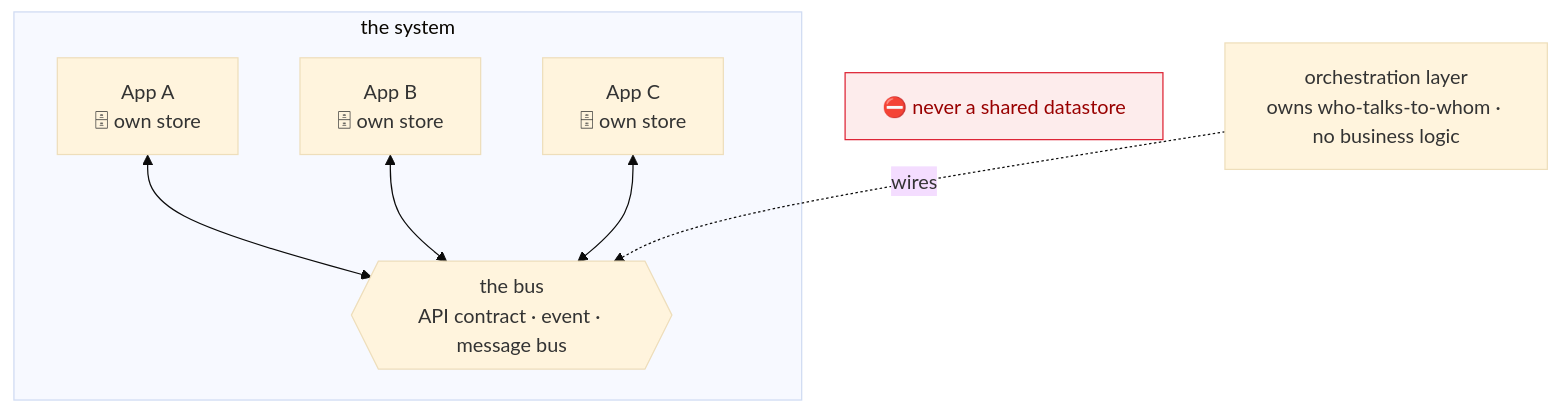
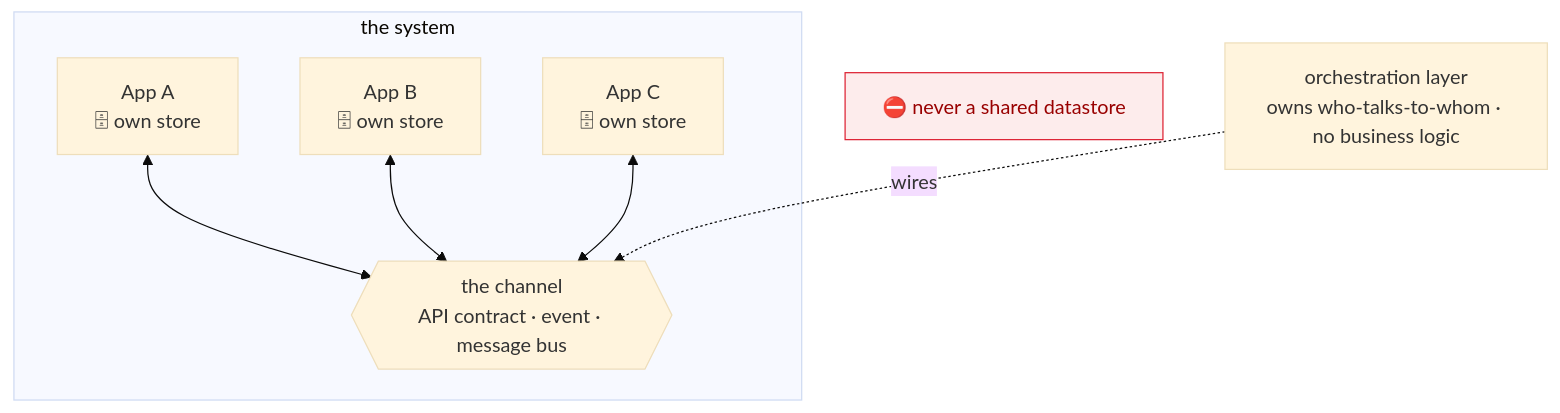
The diagram in SYSTEM.md (throw-if-null/coral), drawn with Mermaid (base theme) before and after one commit. The commit also changed other lines of this file and 33 other files, not shown here.

First line of the commit message:
Rename horizontal to crosscut, and bus to channel

````diff
--- a/SYSTEM.md
+++ b/SYSTEM.md
@@ -30,16 +30,16 @@
 ```mermaid
 flowchart TB
   subgraph SYS["the system"]
     A["App A<br/>🗄 own store"]
     B["App B<br/>🗄 own store"]
     D["App C<br/>🗄 own store"]
-    BUS{{"the bus<br/>API contract · event · message bus"}}
-    A <--> BUS
-    B <--> BUS
-    D <--> BUS
+    CHAN{{"the channel<br/>API contract · event · message bus"}}
+    A <--> CHAN
+    B <--> CHAN
+    D <--> CHAN
   end
-  ORCH["orchestration layer<br/>owns who-talks-to-whom · no business logic"] -. wires .-> BUS
+  ORCH["orchestration layer<br/>owns who-talks-to-whom · no business logic"] -. wires .-> CHAN
   X["⛔ never a shared datastore"]
   class X bad
   classDef bad fill:#fdecec,stroke:#d23,color:#900
 ```
````
